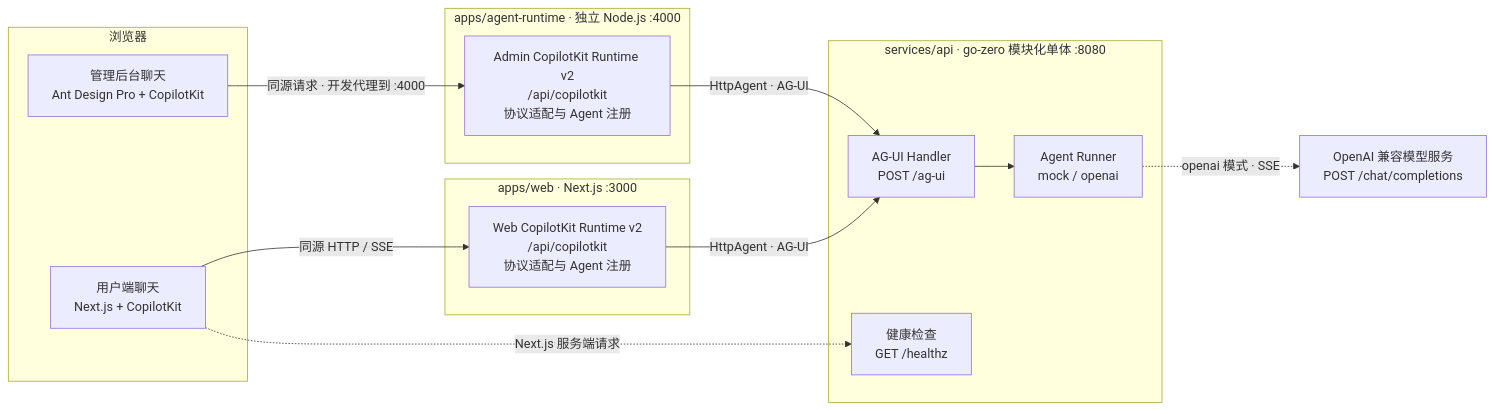
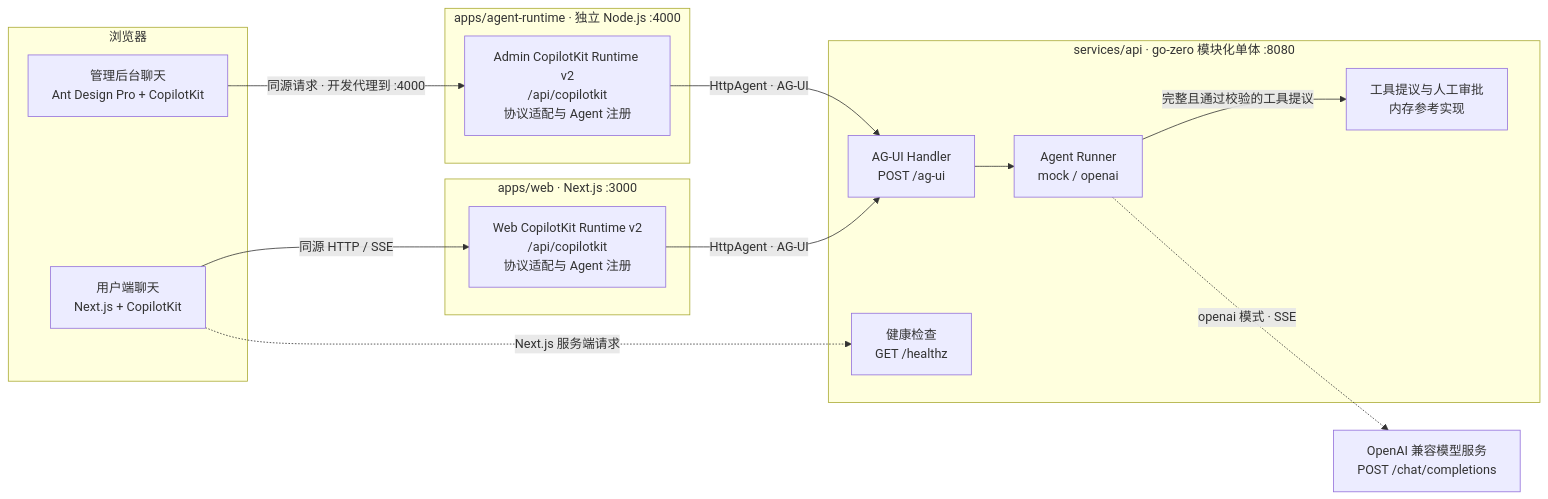
One commit to feifeigd/nexus-ai changed the first of 3 diagrams in docs/architecture.md. Above: the diagram before and after it, drawn with Mermaid. The commit also changed other lines of this file and 14 other files, not shown here.

````diff
--- a/docs/architecture.md
+++ b/docs/architecture.md
@@ -7,31 +7,33 @@
 ```mermaid
 flowchart LR
     subgraph Clients["浏览器"]
         WebUI["用户端聊天<br/>Next.js + CopilotKit"]
         AdminUI["管理后台聊天<br/>Ant Design Pro + CopilotKit"]
     end
 
     subgraph WebApp["apps/web · Next.js :3000"]
         WebRuntime["Web CopilotKit Runtime v2<br/>/api/copilotkit<br/>协议适配与 Agent 注册"]
     end
 
     subgraph RuntimeService["apps/agent-runtime · 独立 Node.js :4000"]
         AdminRuntime["Admin CopilotKit Runtime v2<br/>/api/copilotkit<br/>协议适配与 Agent 注册"]
     end
 
     subgraph Backend["services/api · go-zero 模块化单体 :8080"]
         AGUI["AG-UI Handler<br/>POST /ag-ui"]
         Runner["Agent Runner<br/>mock / openai"]
+        Approval["工具提议与人工审批<br/>内存参考实现"]
         Health["健康检查<br/>GET /healthz"]
         AGUI --> Runner
+        Runner -->|"完整且通过校验的工具提议"| Approval
     end
 
     Model["OpenAI 兼容模型服务<br/>POST /chat/completions"]
 
     WebUI -->|"同源 HTTP / SSE"| WebRuntime
     AdminUI -->|"同源请求 · 开发代理到 :4000"| AdminRuntime
     WebRuntime -->|"HttpAgent · AG-UI"| AGUI
     AdminRuntime -->|"HttpAgent · AG-UI"| AGUI
     Runner -.->|"openai 模式 · SSE"| Model
     WebUI -.->|"Next.js 服务端请求"| Health
 ```
````
